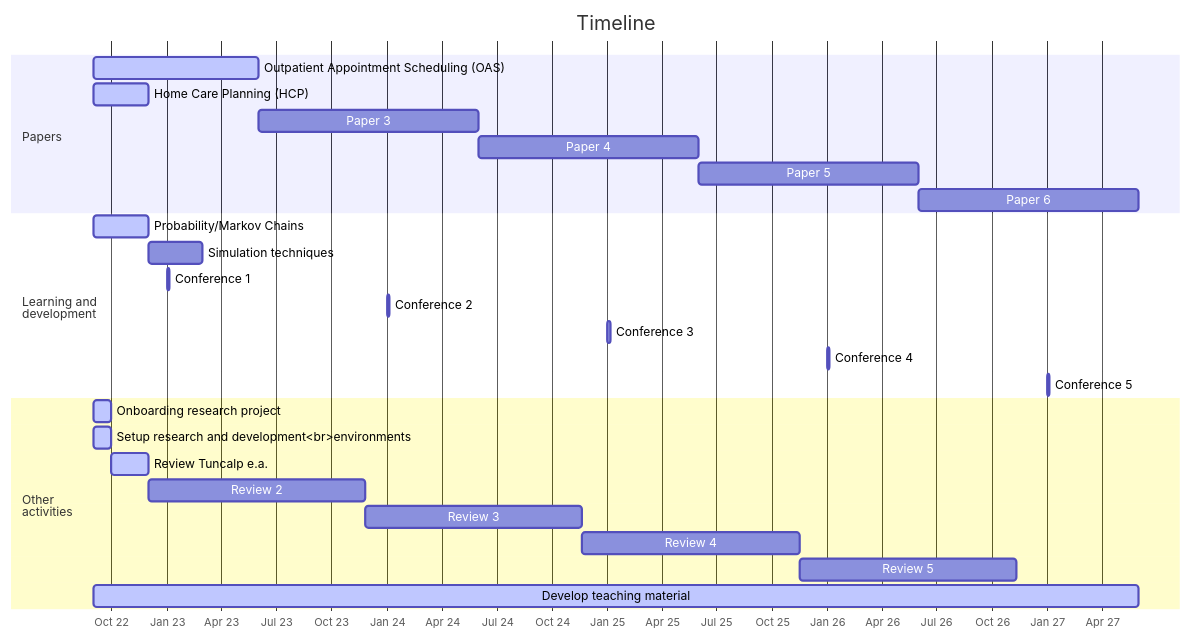
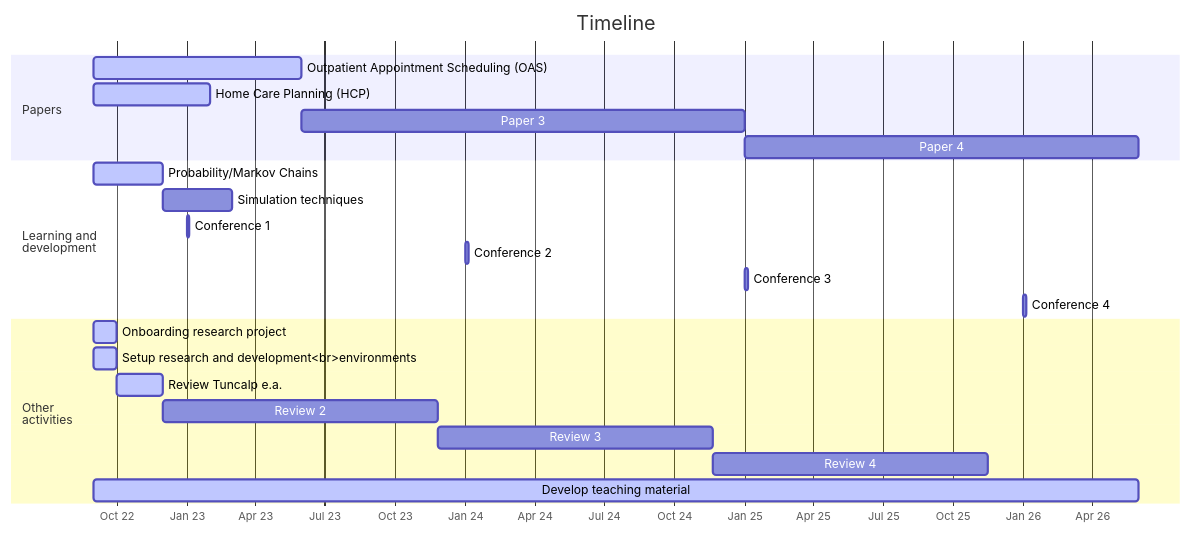
Before and after one commit to witusj/research: the diagram in notes/projectplan.qmd, drawn with Mermaid. The commit also changed other lines of this file and 1 other file, not shown here.

````diff
--- a/notes/projectplan.qmd
+++ b/notes/projectplan.qmd
@@ -56,35 +52,32 @@
 ```{mermaid}
 
 gantt
     dateFormat  YYYY-MM
     title       Timeline
     axisFormat  %b %y
 
     section Papers
     Outpatient Appointment Scheduling (OAS):active, pap1, 2022-09, 2023-06
-    Home Care Planning (HCP)               :active, pap2, 2022-09, 2022-12
-    Paper 3                                :        pap3, 2023-06, 2024-06
-    Paper 4                                :        pap4, 2024-06, 2025-06
-    Paper 5                                :        pap5, 2025-06, 2026-06
-    Paper 6                                :        pap6, 2026-06, 2027-06
+    Home Care Planning (HCP)               :active, pap2, 2022-09, 2023-02
+    Paper 3                                :        pap3, 2023-06, 2025-01
+    Paper 4                                :        pap4, 2025-01, 2026-06
+
     
     section Learning and<br>development
     Probability/Markov Chains              :active, lnd1, 2022-09, 2022-12
     Simulation techniques                  :        lnd2, after lnd1, 90d
     Conference 1                    :        lnd3, 2023-01, 4d
     Conference 2                    :        lnd4, 2024-01, 4d
     Conference 3                    :        lnd5, 2025-01, 4d
     Conference 4                    :        lnd6, 2026-01, 4d
-    Conference 5                    :        lnd7, 2027-01, 4d
     
     section Other<br>activities
     Onboarding research project                     :active, oth1, 2022-09, 2022-10
     Setup research and development<br>environments  :active, oth2, 2022-09, 2022-10
     Review Tuncalp e.a.                             :active, oth3, 2022-10, 2022-12
     Review 2                                        :        oth4, after oth3, 360d
     Review 3                                        :        oth5, after oth4, 360d
     Review 4                                        :        oth6, after oth5, 360d
-    Review 5                                        :        oth7, after oth6, 360d
-    Develop teaching material                       :active, oth8, 2022-09, 2027-06
+    Develop teaching material                       :active, oth8, 2022-09, 2026-06
 
 ```
````
